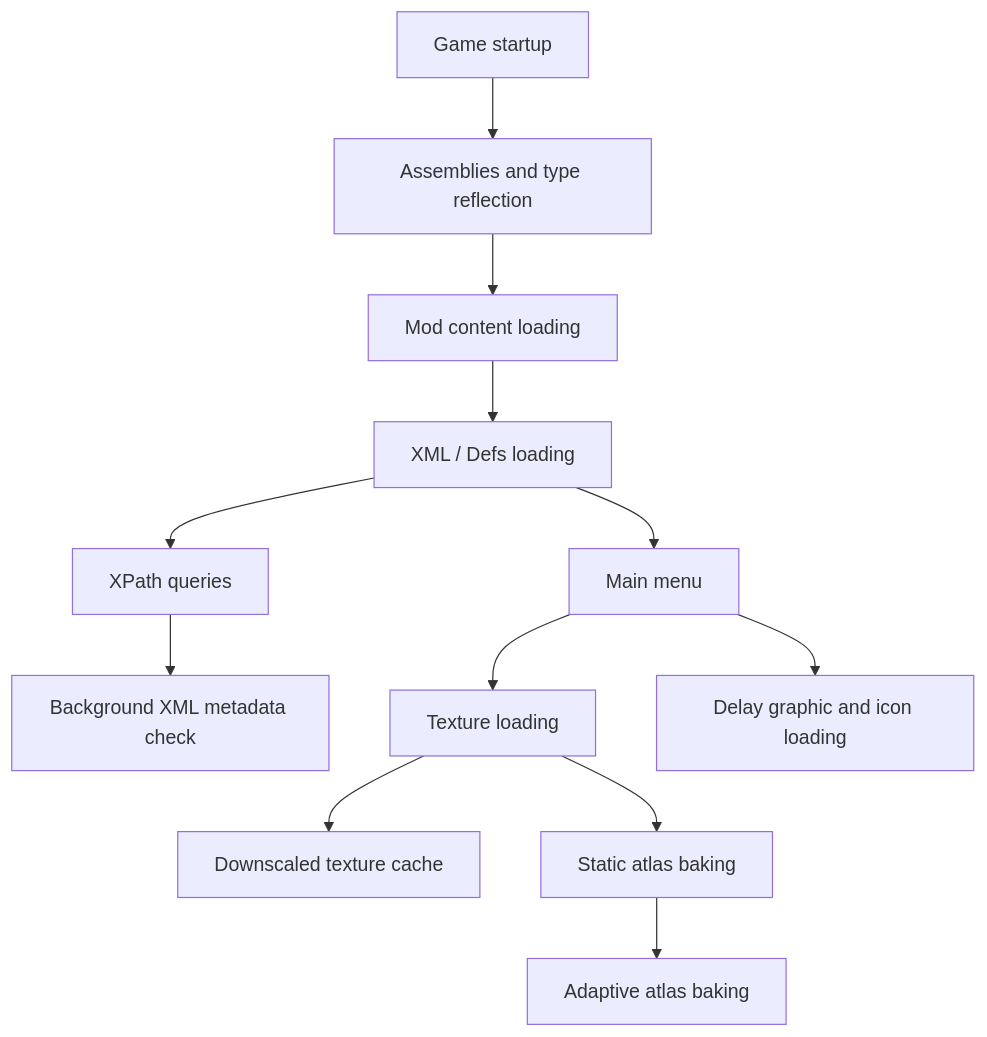
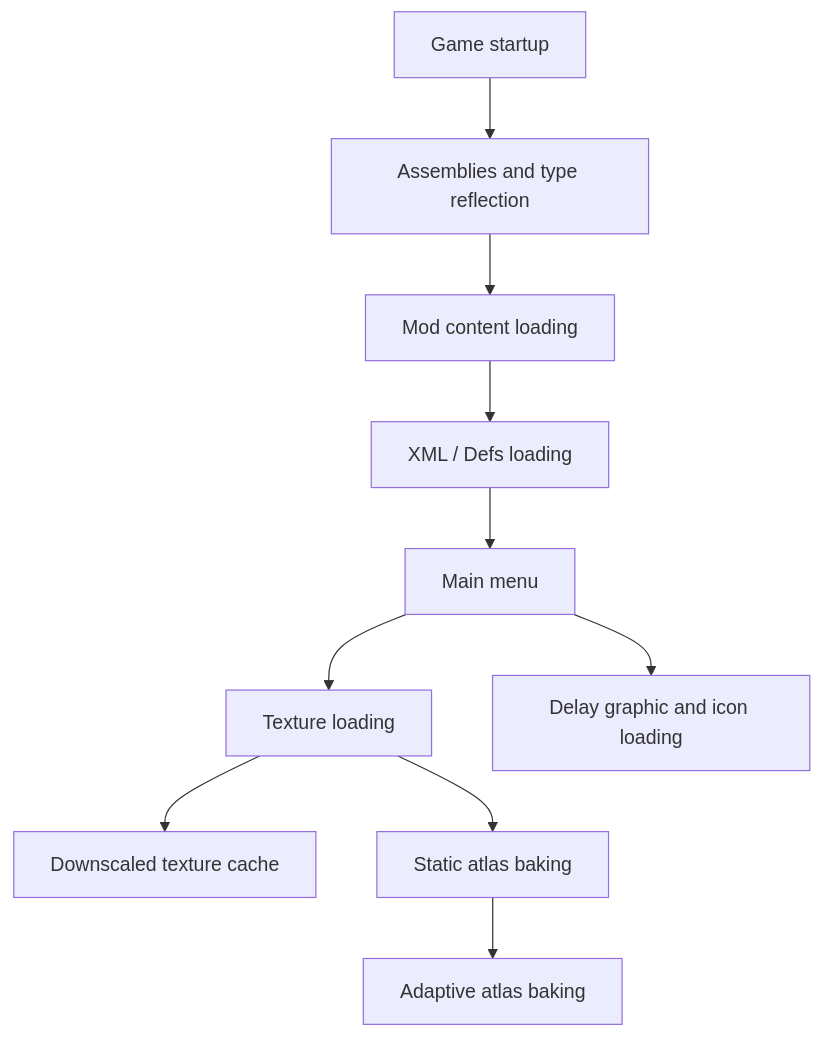
The diagram in README.md (beverage/FasterGameLoading---Continued), drawn with Mermaid before and after one commit. The commit also changed other lines of this file and 39 other files, not shown here.

````diff
--- a/README.md
+++ b/README.md
@@ -23,14 +23,12 @@
 ```mermaid
 graph TD
     A[Game startup] --> B[Assemblies and type reflection]
     B --> C[Mod content loading]
     C --> D[XML / Defs loading]
-    D --> E[XPath queries]
-    E --> F[Background XML metadata check]
     D --> G[Main menu]
     G --> H[Texture loading]
     H --> I[Downscaled texture cache]
     H --> J[Static atlas baking]
     J --> K[Adaptive atlas baking]
     G --> L[Delay graphic and icon loading]
 ```
````
